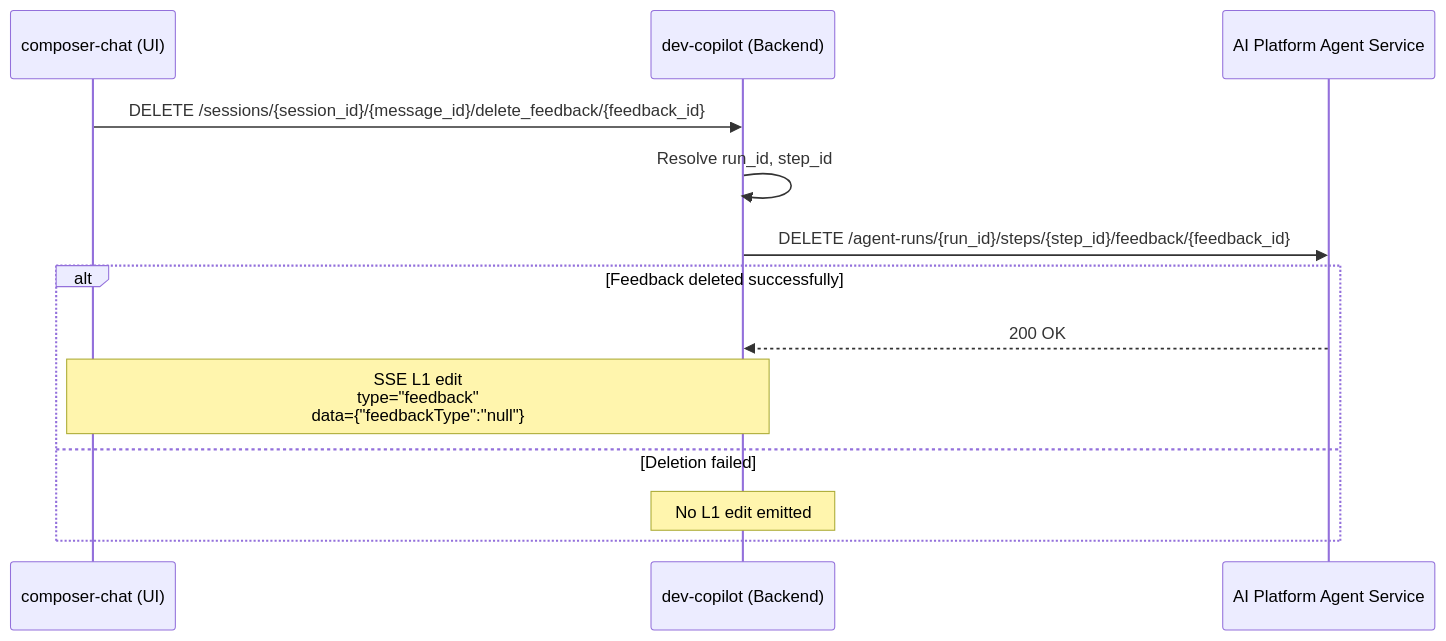
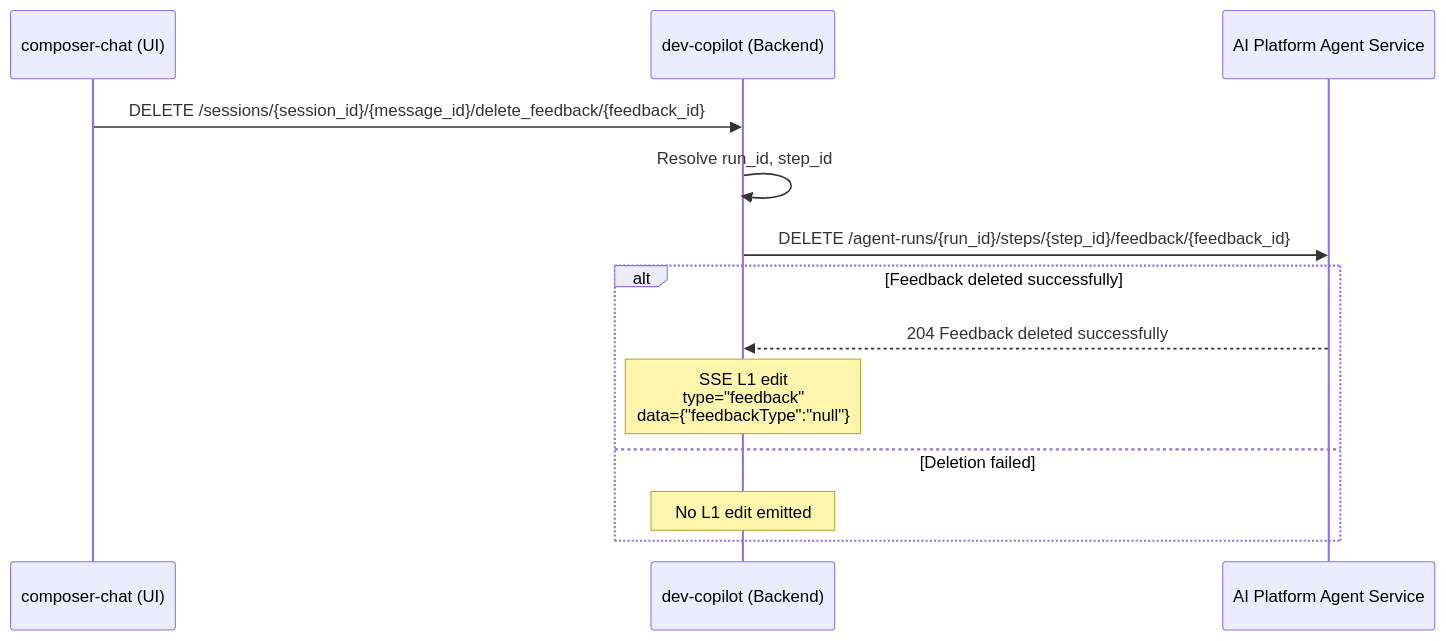
The second of 4 diagrams in spec.md (vananya23/myrepo), drawn with Mermaid before and after one commit. The commit also changed other lines of this file, not shown here.

Commit message:
Update feedback handling in spec.md

````diff
--- a/spec.md
+++ b/spec.md
@@ -55,17 +55,17 @@
 ```mermaid
  sequenceDiagram                                                                                                
     participant UI as composer-chat (UI)                                                                       
     participant BE as dev-copilot (Backend)                                                                    
     participant AIP as AI Platform Agent Service                                                               
                                                                                                                     
     UI->>BE: DELETE /sessions/{session_id}/{message_id}/delete_feedback/{feedback_id}                          
     BE->>BE: Resolve run_id, step_id                                                         
     BE->>AIP: DELETE /agent-runs/{run_id}/steps/{step_id}/feedback/{feedback_id}                               
     alt Feedback deleted successfully                                                                          
-        AIP-->>BE: 200 OK                                                                                                                                                                            
-        Note over BE,UI: SSE L1 edit<br/>type="feedback"<br/>data={"feedbackType":"null"}                          
+        AIP-->>BE: 204 Feedback deleted successfully                                                                                                                                                                           
+        Note over BE: SSE L1 edit<br/>type="feedback"<br/>data={"feedbackType":"null"}                          
     else Deletion failed                                                                                       
                                                                                      
         Note over BE: No L1 edit emitted  
 end
 ```
````
